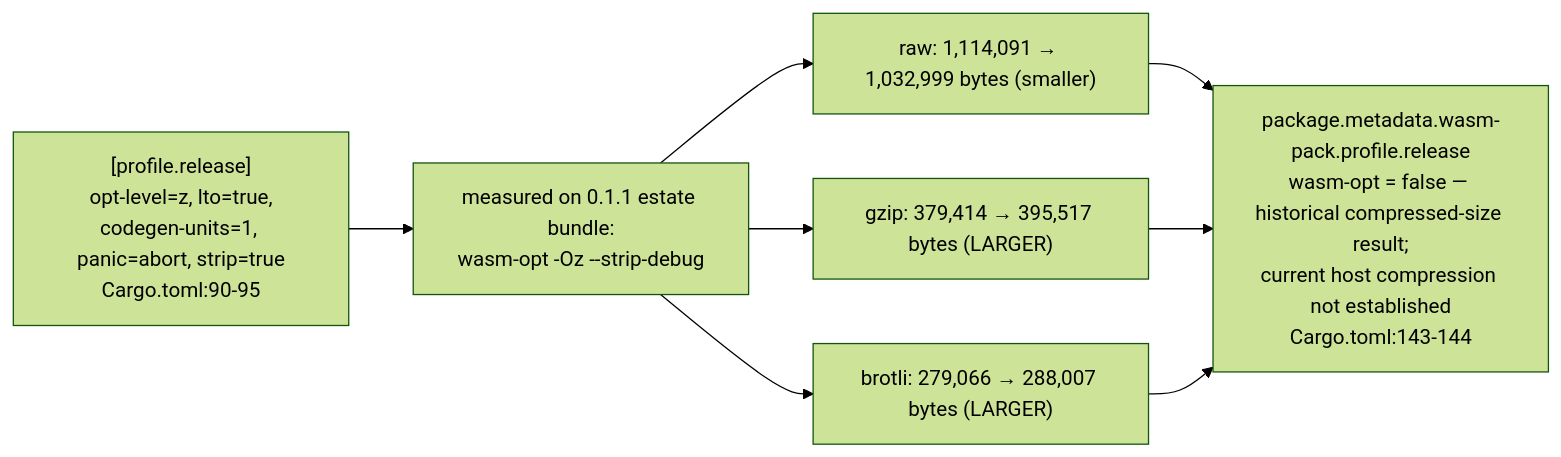
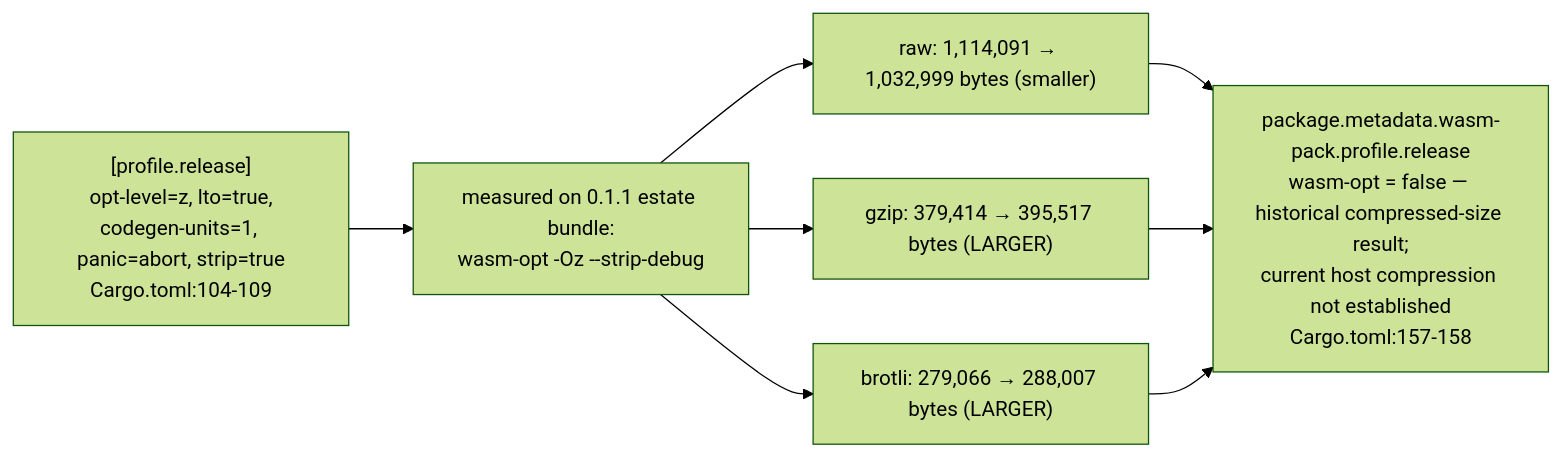
Before and after one commit to DreamLab-AI/VisionFlow: the fifth of 6 diagrams in docs/diagrams/vowl-wasm/05-build-test-bench-and-publish.md, drawn with Mermaid (forest theme). The commit also changed other lines of this file and 5 other files, not shown here.

First line of the commit message:
docs(diagrams): vowl-wasm re-verified at v0.4.0 (0779174)

````diff
--- a/docs/diagrams/vowl-wasm/05-build-test-bench-and-publish.md
+++ b/docs/diagrams/vowl-wasm/05-build-test-bench-and-publish.md
@@ -106,8 +111,8 @@
 ```mermaid
 flowchart LR
-    PROF["[profile.release]<br/>opt-level=z, lto=true,<br/>codegen-units=1, panic=abort, strip=true<br/>Cargo.toml:90-95"] --> MEASURE["measured on 0.1.1 estate bundle:<br/>wasm-opt -Oz --strip-debug"]
+    PROF["[profile.release]<br/>opt-level=z, lto=true,<br/>codegen-units=1, panic=abort, strip=true<br/>Cargo.toml:104-109"] --> MEASURE["measured on 0.1.1 estate bundle:<br/>wasm-opt -Oz --strip-debug"]
     MEASURE --> RAW["raw: 1,114,091 → 1,032,999 bytes (smaller)"]
     MEASURE --> GZIP["gzip: 379,414 → 395,517 bytes (LARGER)"]
     MEASURE --> BROTLI["brotli: 279,066 → 288,007 bytes (LARGER)"]
-    RAW & GZIP & BROTLI --> DECISION["package.metadata.wasm-pack.profile.release<br/>wasm-opt = false — historical compressed-size result;<br/>current host compression not established<br/>Cargo.toml:143-144"]
+    RAW & GZIP & BROTLI --> DECISION["package.metadata.wasm-pack.profile.release<br/>wasm-opt = false — historical compressed-size result;<br/>current host compression not established<br/>Cargo.toml:157-158"]
 ```
````
